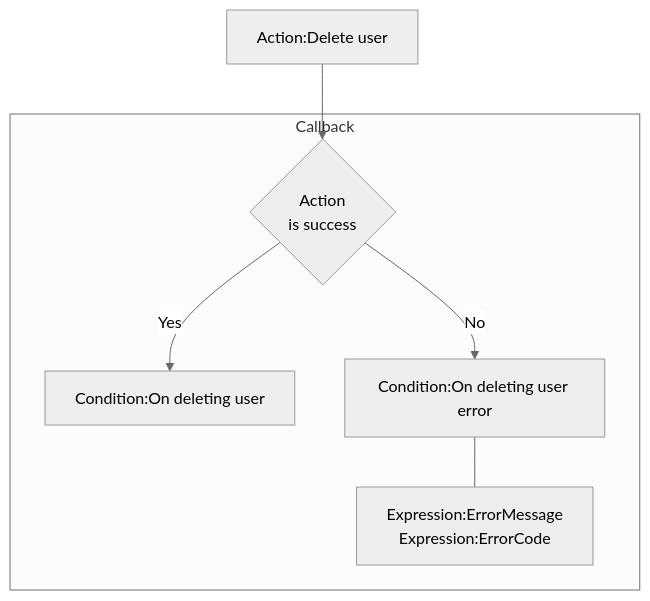
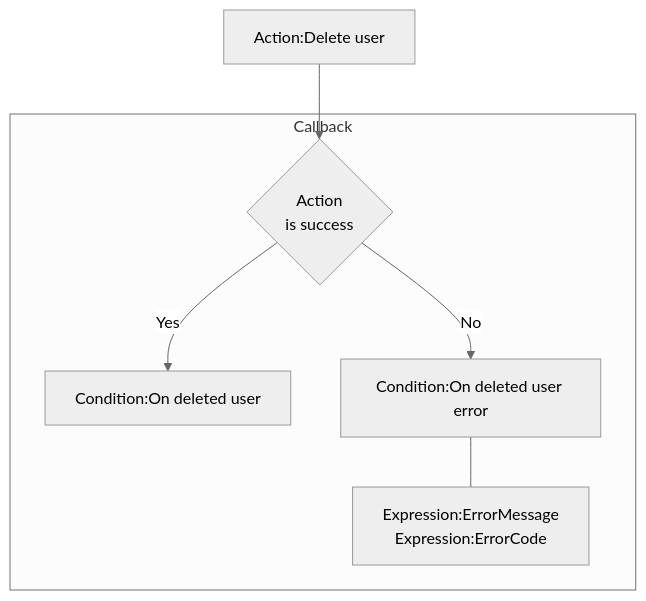
One commit to rexrainbow/C2RexDoc changed the seventh of 14 diagrams in plugins.md/rex_firebase_authentication.md. Above: the diagram before and after it, drawn with Mermaid (neutral theme). The commit also changed other lines of this file and 6 other files, not shown here.

````diff
--- a/plugins.md/rex_firebase_authentication.md
+++ b/plugins.md/rex_firebase_authentication.md
@@ -156,11 +156,11 @@
 ```mermaid
 graph TB
 
 ActCreateAccount["Action:Delete user "] --> ActionIsSuccess{Action<br>is success}
 
 subgraph Callback
-ActionIsSuccess --> |Yes| CondOnSuccess["Condition:On deleting user"]
-ActionIsSuccess --> |No| CondOnError["Condition:On deleting user error"]
+ActionIsSuccess --> |Yes| CondOnSuccess["Condition:On deleted user"]
+ActionIsSuccess --> |No| CondOnError["Condition:On deleted user error"]
 CondOnError --- ExpError["Expression:ErrorMessage<br>Expression:ErrorCode"]
 end
 ```
````
